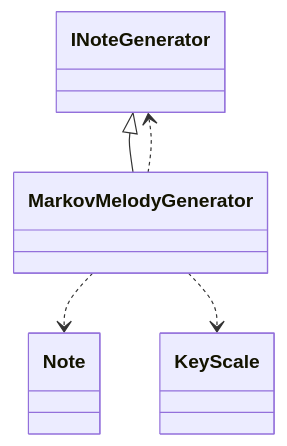
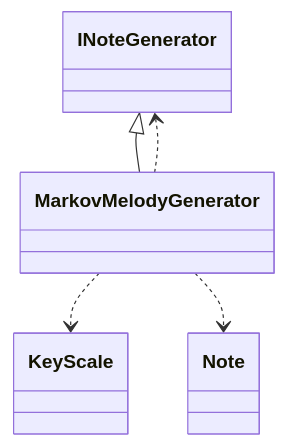
One commit to schnock-art/project_inspector changed diagram 36 of 39 in test/test.md. Above: the diagram before and after it, drawn with Mermaid. The commit also changed other lines of this file and 1 other file, not shown here.

Commit message:
Removed empty mermaid

````diff
--- a/test/test.md
+++ b/test/test.md
@@ -620,7 +620,7 @@
 ```mermaid
 classDiagram
 INoteGenerator <|-- MarkovMelodyGenerator
-MarkovMelodyGenerator ..> Note
 MarkovMelodyGenerator ..> KeyScale
 MarkovMelodyGenerator ..> INoteGenerator
+MarkovMelodyGenerator ..> Note
 ```
````
